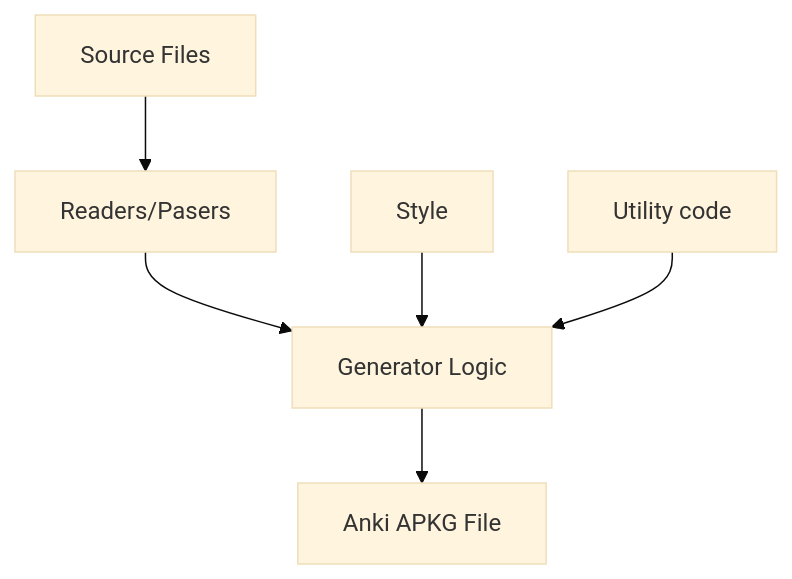
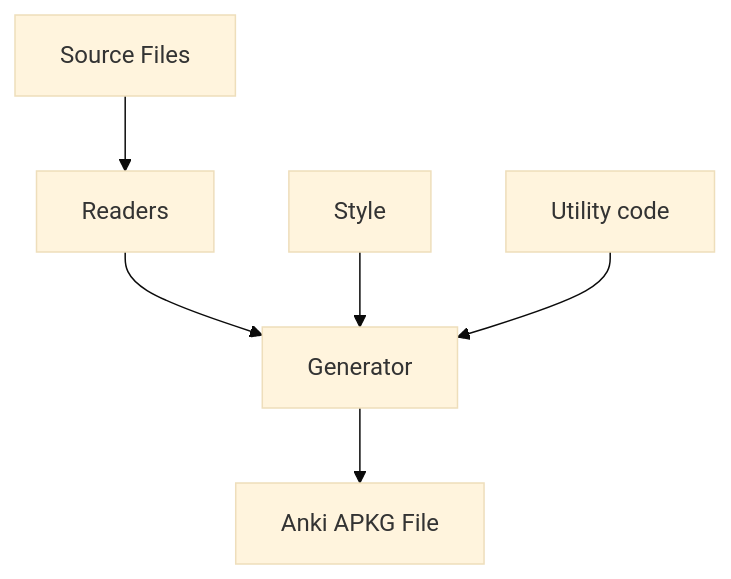
Before and after one commit to guiferviz/mnemocards: the second of 2 diagrams in doc/mep/mep01.adoc, drawn with Mermaid (base theme). The commit also changed other lines of this file and 1 other file, not shown here.

```diff
--- a/doc/mep/mep01.adoc
+++ b/doc/mep/mep01.adoc
@@ -43,9 +49,9 @@
 [mermaid]
 ....
 graph TD
-    FILE[Source Files] --> READ[Readers/Pasers]
-    READ --> GEN[Generator Logic]
+    FILE[Source Files] --> READ[Readers]
+    READ --> GEN[Generator]
     STYLE[Style] --> GEN
     UTIL[Utility code] --> GEN
     GEN --> APKG[Anki APKG File]
 ....
```
